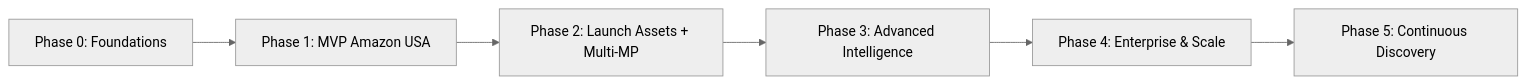
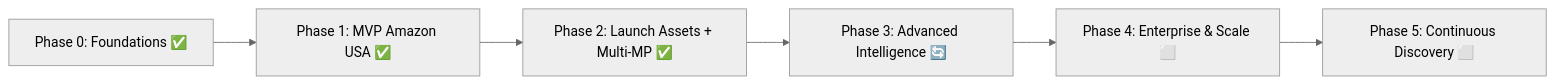
One commit to MoshayM/SellBodr changed the diagram in Docs/roadmap.md. Above: the diagram before and after it, drawn with Mermaid (neutral theme). The commit also changed other lines of this file and 12 other files, not shown here.

First line of the commit message:
feat(phase3+4): Competition teardown, Brand Builder, Bundle Generator, Gap Finder, Keyword Intelligence, Bulk Scan, API Keys

````diff
--- a/Docs/roadmap.md
+++ b/Docs/roadmap.md
@@ -97,8 +111,8 @@
 ```mermaid
 graph LR
-  P0[Phase 0: Foundations] --> P1[Phase 1: MVP Amazon USA]
-  P1 --> P2[Phase 2: Launch Assets + Multi-MP]
-  P2 --> P3[Phase 3: Advanced Intelligence]
-  P3 --> P4[Phase 4: Enterprise & Scale]
-  P4 --> P5[Phase 5: Continuous Discovery]
+  P0[Phase 0: Foundations ✅] --> P1[Phase 1: MVP Amazon USA ✅]
+  P1 --> P2[Phase 2: Launch Assets + Multi-MP ✅]
+  P2 --> P3[Phase 3: Advanced Intelligence 🔄]
+  P3 --> P4[Phase 4: Enterprise & Scale ⬜]
+  P4 --> P5[Phase 5: Continuous Discovery ⬜]
 ```
````
